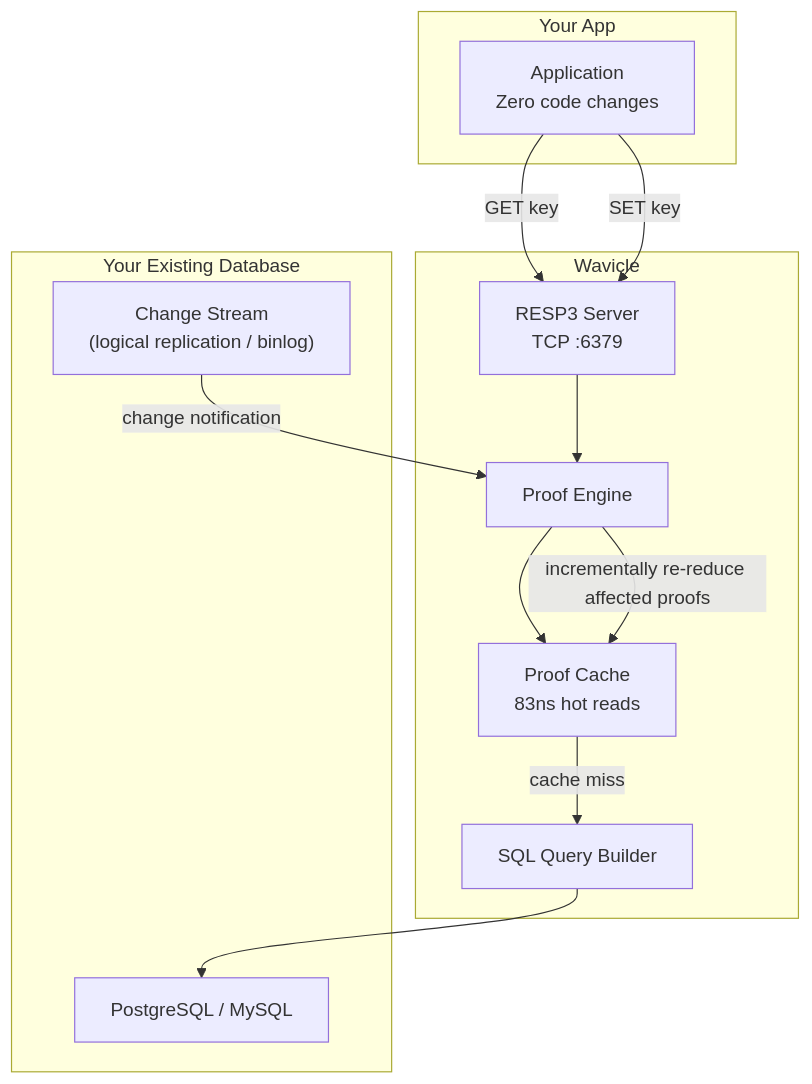
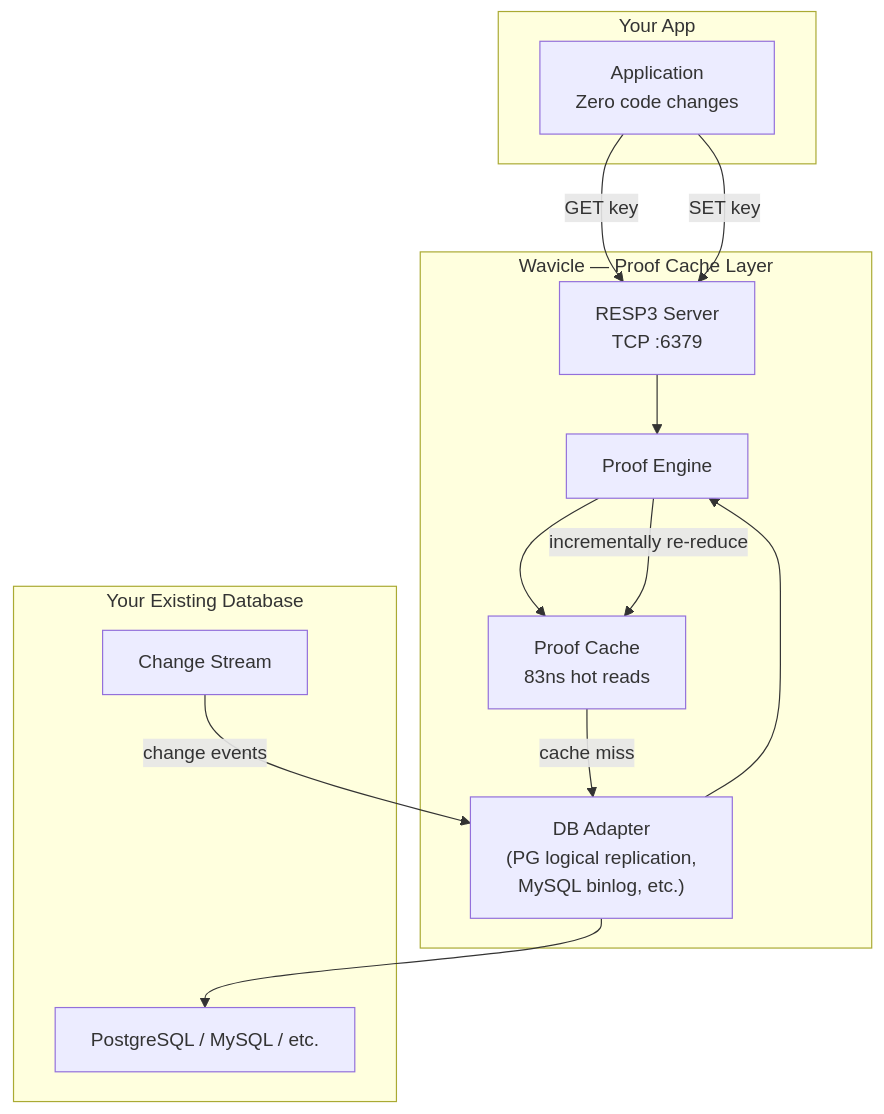
One commit to tanmayjoddar/wavicle changed the second of 2 diagrams in readme.md. Above: the diagram before and after it, drawn with Mermaid. The commit also changed other lines of this file and 1 other file, not shown here.

First line of the commit message:
Reframe Wavicle as database-agnostic caching layer

````diff
--- a/readme.md
+++ b/readme.md
@@ -63,26 +63,26 @@
 ```mermaid
 graph TB
     subgraph "Your App"
         APP["Application<br/>Zero code changes"]
     end
 
-    subgraph "Wavicle"
+    subgraph "Wavicle — Proof Cache Layer"
         RESP["RESP3 Server<br/>TCP :6379"]
         PE["Proof Engine"]
         PC["Proof Cache<br/>83ns hot reads"]
-        SQ["SQL Query Builder"]
+        ADAPT["DB Adapter<br/>(PG logical replication,<br/>MySQL binlog, etc.)"]
     end
 
     subgraph "Your Existing Database"
-        PG["PostgreSQL / MySQL"]
-        WG["Change Stream<br/>(logical replication / binlog)"]
+        DB["PostgreSQL / MySQL / etc."]
+        CH["Change Stream"]
     end
 
     APP -->|"GET key"| RESP
     APP -->|"SET key"| RESP
     RESP --> PE
     PE --> PC
-    PC -->|"cache miss"| SQ --> PG
-    WG -->|"change notification"| PE
-    PE -->|"incrementally re-reduce affected proofs"| PC
+    PC -->|"cache miss"| ADAPT --> DB
+    CH -->|"change events"| ADAPT --> PE
+    PE -->|"incrementally re-reduce"| PC
 ```
````
